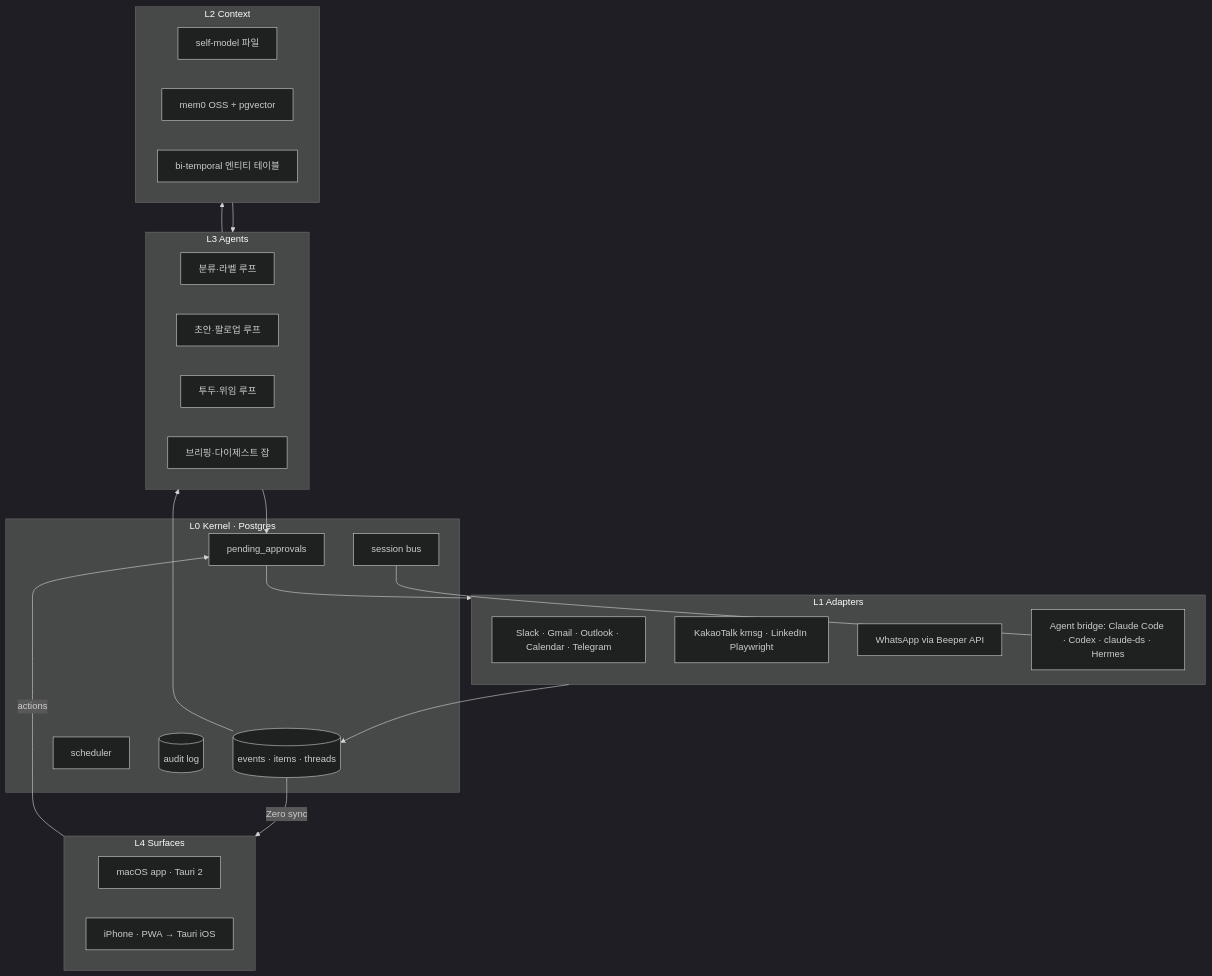
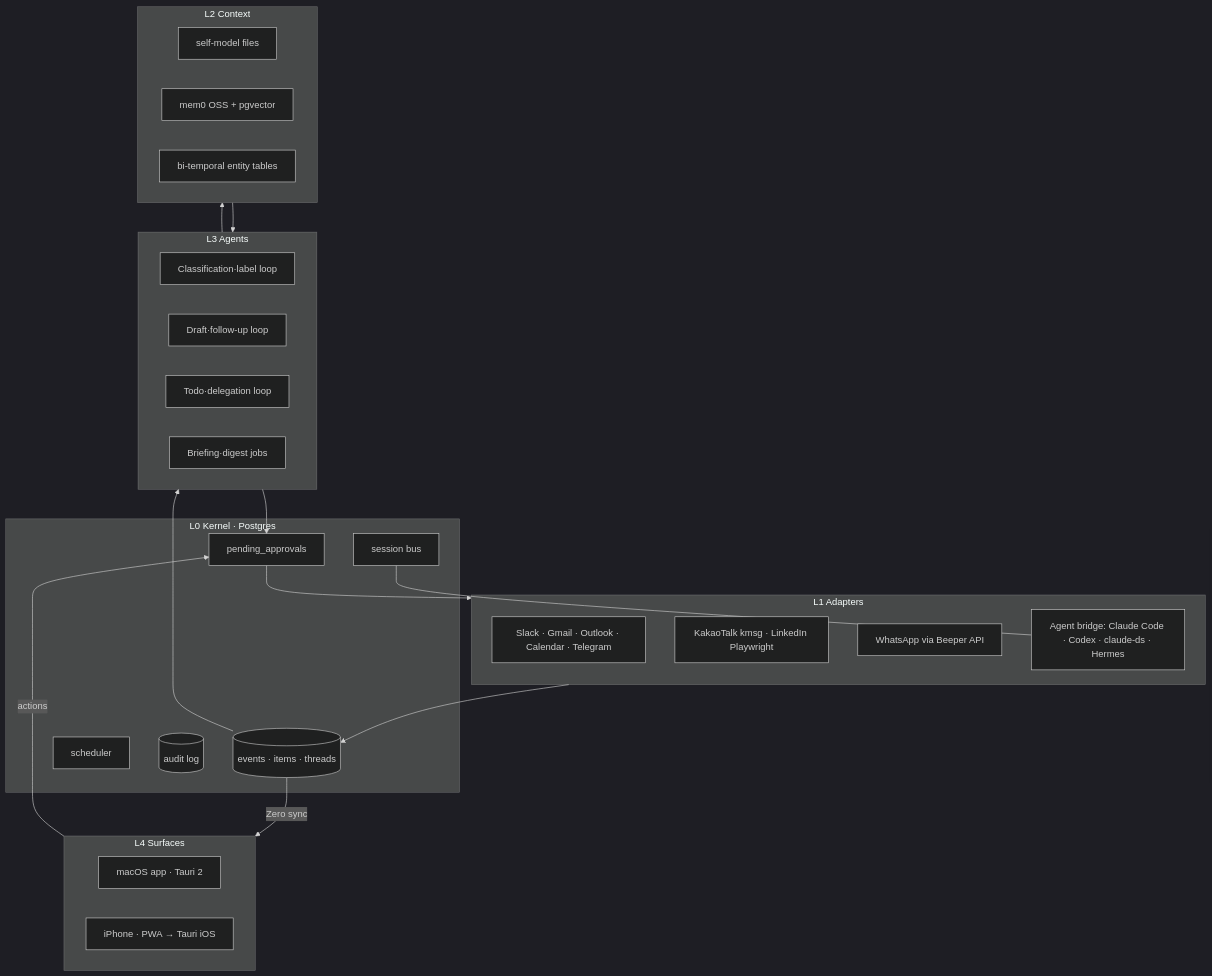
Before and after one commit to immensus-team/omnis: the first of 2 diagrams in docs/spec/00-omnis-design.md, drawn with Mermaid (dark theme). The commit also changed other lines of this file, not shown here.

````diff
--- a/docs/spec/00-omnis-design.md
+++ b/docs/spec/00-omnis-design.md
@@ -73,40 +73,40 @@
 ```mermaid
 flowchart TB
   subgraph L4[L4 Surfaces]
     MAC[macOS app · Tauri 2]
     IOS[iPhone · PWA → Tauri iOS]
   end
   subgraph L3[L3 Agents]
-    CLS[분류·라벨 루프]
-    DRF[초안·팔로업 루프]
-    TSK[투두·위임 루프]
-    DIG[브리핑·다이제스트 잡]
+    CLS[Classification·label loop]
+    DRF[Draft·follow-up loop]
+    TSK[Todo·delegation loop]
+    DIG[Briefing·digest jobs]
   end
   subgraph L2[L2 Context]
-    SELF[self-model 파일]
+    SELF[self-model files]
     VEC[mem0 OSS + pgvector]
-    ENT[bi-temporal 엔티티 테이블]
+    ENT[bi-temporal entity tables]
   end
   subgraph L1[L1 Adapters]
     API[Slack · Gmail · Outlook · Calendar · Telegram]
     CAP[KakaoTalk kmsg · LinkedIn Playwright]
     WA[WhatsApp via Beeper API]
     AG[Agent bridge: Claude Code · Codex · claude-ds · Hermes]
   end
   subgraph L0[L0 Kernel · Postgres]
     EV[(events · items · threads)]
     SCH[scheduler]
     APR[pending_approvals]
     AUD[(audit log)]
     BUS[session bus]
   end
   L1 --> EV
   EV --> L3
   L3 --> L2
   L2 --> L3
   L3 --> APR
   APR --> L1
   EV -->|Zero sync| L4
   L4 -->|actions| APR
   BUS --- AG
 ```
````
